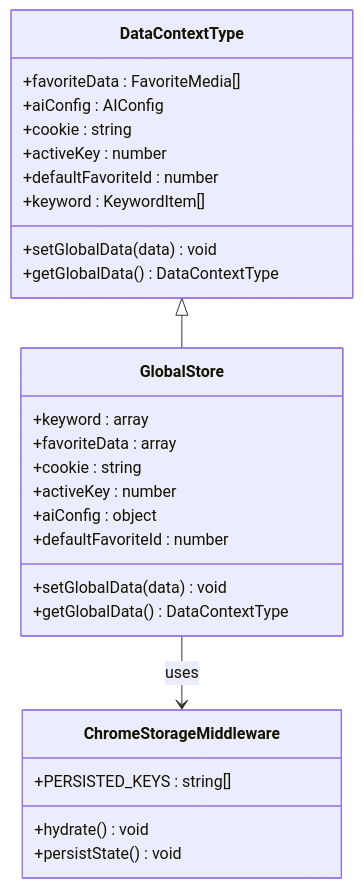
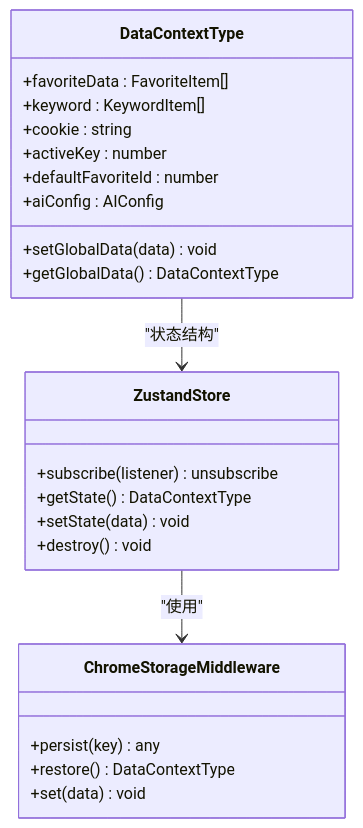
Before and after one commit to RadiumAg/bilibili-favorites: the second of 8 diagrams in .qoder/repowiki/zh/content/开发指南/React最佳实践系统.md, drawn with Mermaid. The commit also changed other lines of this file and 21 other files, not shown here.

````diff
--- a/.qoder/repowiki/zh/content/开发指南/React最佳实践系统.md
+++ b/.qoder/repowiki/zh/content/开发指南/React最佳实践系统.md
@@ -180,30 +103,26 @@
 ```mermaid
 classDiagram
 class DataContextType {
-+favoriteData : FavoriteMedia[]
-+aiConfig : AIConfig
++favoriteData : FavoriteItem[]
++keyword : KeywordItem[]
 +cookie : string
 +activeKey : number
 +defaultFavoriteId : number
-+keyword : KeywordItem[]
++aiConfig : AIConfig
 +setGlobalData(data) void
 +getGlobalData() DataContextType
 }
-class GlobalStore {
-+keyword : array
-+favoriteData : array
-+cookie : string
-+activeKey : number
-+aiConfig : object
-+defaultFavoriteId : number
-+setGlobalData(data) void
-+getGlobalData() DataContextType
+class ZustandStore {
++subscribe(listener) unsubscribe
++getState() DataContextType
++setState(data) void
++destroy() void
 }
 class ChromeStorageMiddleware {
-+PERSISTED_KEYS : string[]
-+hydrate() void
-+persistState() void
++persist(key) any
++restore() DataContextType
++set(data) void
 }
-DataContextType <|-- GlobalStore
-GlobalStore --> ChromeStorageMiddleware : uses
+DataContextType --> ZustandStore : "状态结构"
+ZustandStore --> ChromeStorageMiddleware : "使用"
 ```
````
